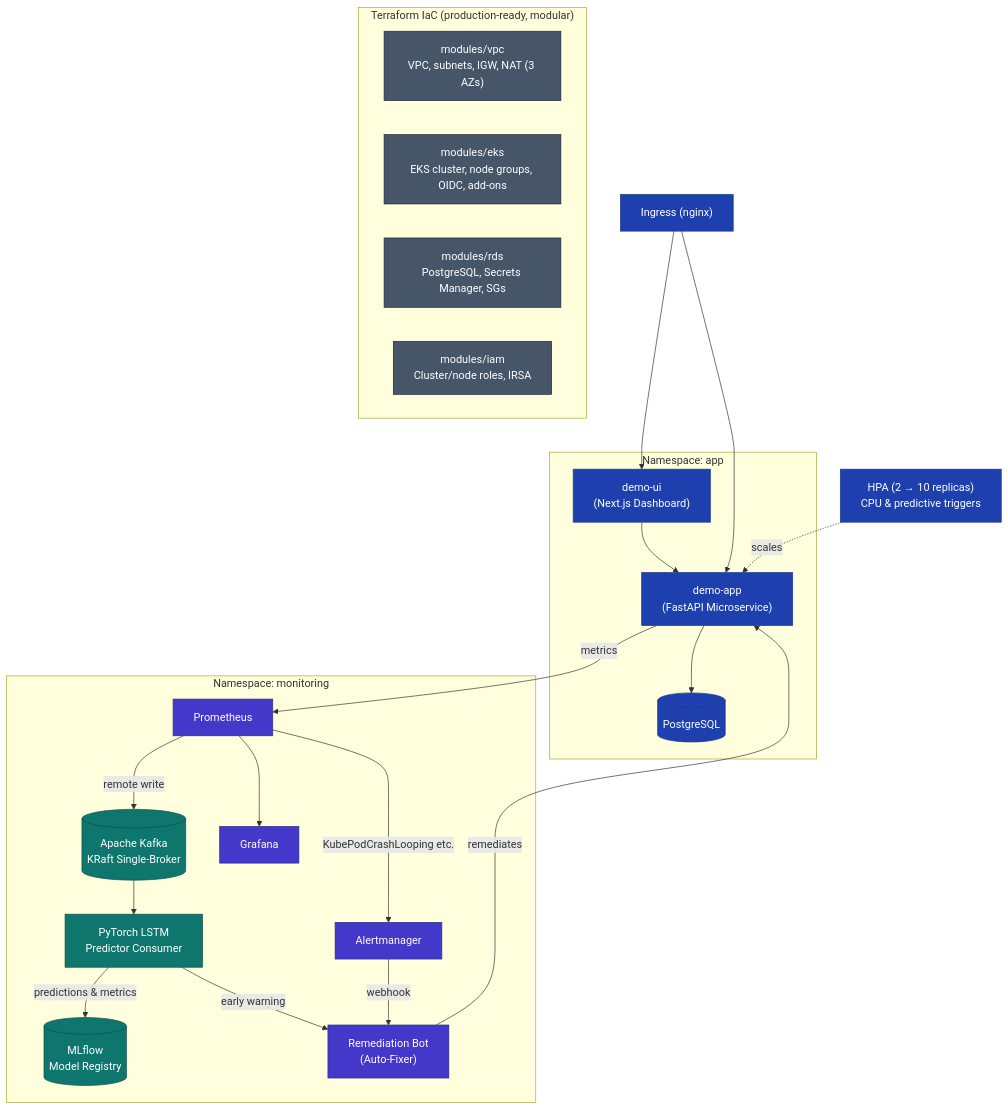
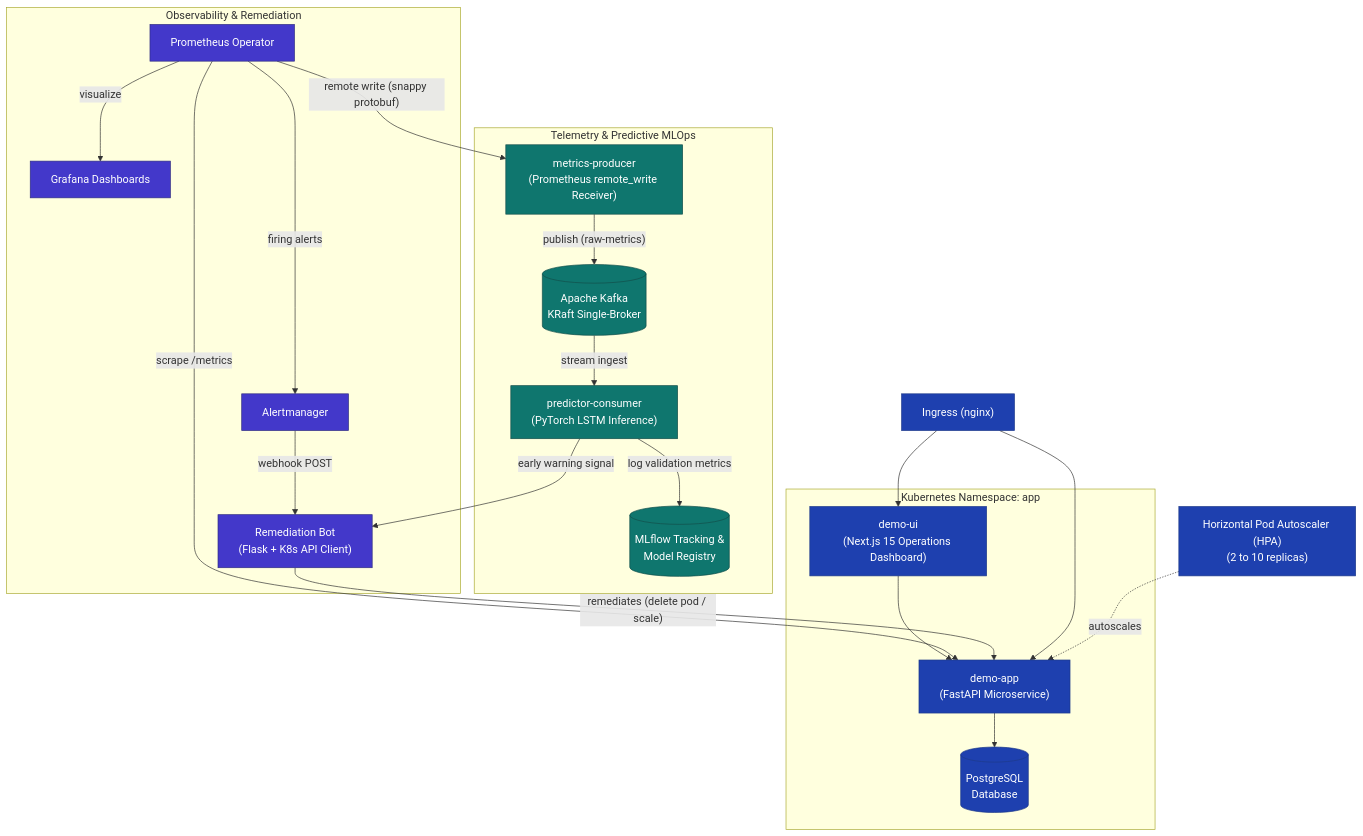
Before and after one commit to Aryan717317/Foresight: the diagram in README.md, drawn with Mermaid. The commit also changed other lines of this file, not shown here.

Commit message:
docs(readme): enhance documentation with architecture diagrams, comparison benchmarks, and quickstart

````diff
--- a/README.md
+++ b/README.md
@@ -20,51 +71,48 @@
 ```mermaid
 flowchart TB
-    subgraph AppNS["Namespace: app"]
-        UI["demo-ui\n(Next.js Dashboard)"]
+    subgraph AppNS["Kubernetes Namespace: app"]
+        UI["demo-ui\n(Next.js 15 Operations Dashboard)"]
         API["demo-app\n(FastAPI Microservice)"]
-        DB[("PostgreSQL")]
+        DB[("PostgreSQL\nDatabase")]
         UI --> API
         API --> DB
     end
 
-    subgraph MonNS["Namespace: monitoring"]
+    subgraph StreamingML["Telemetry & Predictive MLOps"]
         Kafka[("Apache Kafka\nKRaft Single-Broker")]
-        LSTM["PyTorch LSTM\nPredictor Consumer"]
-        MLflow[("MLflow\nModel Registry")]
-        Prom["Prometheus"]
-        Grafana["Grafana"]
+        Producer["metrics-producer\n(Prometheus remote_write Receiver)"]
+        LSTM["predictor-consumer\n(PyTorch LSTM Inference)"]
+        MLflow[("MLflow Tracking &\nModel Registry")]
+
+        Producer -->|"publish (raw-metrics)"| Kafka
+        Kafka -->|"stream ingest"| LSTM
+        LSTM -->|"log validation metrics"| MLflow
+    end
+
+    subgraph Observability["Observability & Remediation"]
+        Prom["Prometheus Operator"]
+        Grafana["Grafana Dashboards"]
         Alertmanager["Alertmanager"]
-        Bot["Remediation Bot\n(Auto-Fixer)"]
+        Bot["Remediation Bot\n(Flask + K8s API Client)"]
 
-        Prom -->|"remote write"| Kafka
-        Kafka --> LSTM
-        LSTM -->|"predictions & metrics"| MLflow
-        LSTM -->|"early warning"| Bot
-        Prom --> Grafana
-        Prom -->|"KubePodCrashLooping etc."| Alertmanager
-        Alertmanager -->|"webhook"| Bot
+        Prom -->|"remote write (snappy protobuf)"| Producer
+        Prom -->|"scrape /metrics"| API
+        Prom -->|"visualize"| Grafana
+        Prom -->|"firing alerts"| Alertmanager
+        Alertmanager -->|"webhook POST"| Bot
+        LSTM -->|"early warning signal"| Bot
+        Bot -->|"remediates (delete pod / scale)"| API
     end
 
     Ingress["Ingress (nginx)"] --> UI
     Ingress --> API
-    HPA["HPA (2 → 10 replicas)\nCPU & predictive triggers"] -.->|"scales"| API
-    API -->|"metrics"| Prom
-    Bot -->|"remediates"| API
-
-    subgraph Terraform["Terraform IaC (production-ready, modular)"]
-        VPC["modules/vpc\nVPC, subnets, IGW, NAT (3 AZs)"]
-        EKS["modules/eks\nEKS cluster, node groups, OIDC, add-ons"]
-        RDS["modules/rds\nPostgreSQL, Secrets Manager, SGs"]
-        IAM["modules/iam\nCluster/node roles, IRSA"]
-    end
+    HPA["Horizontal Pod Autoscaler (HPA)\n(2 to 10 replicas)"] -.->|"autoscales"| API
 
     classDef app fill:#1e40af,stroke:#1e3a8a,color:#fff
     classDef ml fill:#0f766e,stroke:#134e4a,color:#fff
     classDef obs fill:#4338ca,stroke:#312e81,color:#fff
-    classDef infra fill:#475569,stroke:#1e293b,color:#fff
 
     class UI,API,DB,Ingress,HPA app
-    class Kafka,LSTM,MLflow ml
+    class Kafka,Producer,LSTM,MLflow ml
     class Prom,Grafana,Alertmanager,Bot obs
-    class VPC,EKS,RDS,IAM infra
 ```
````
